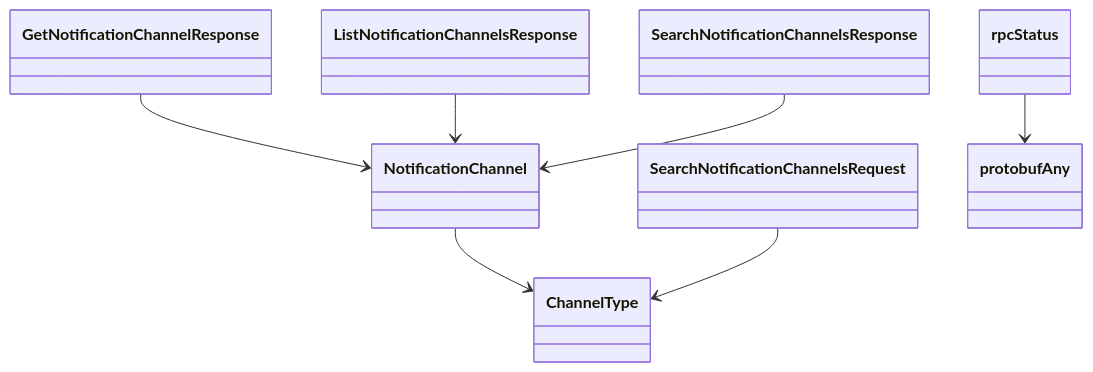
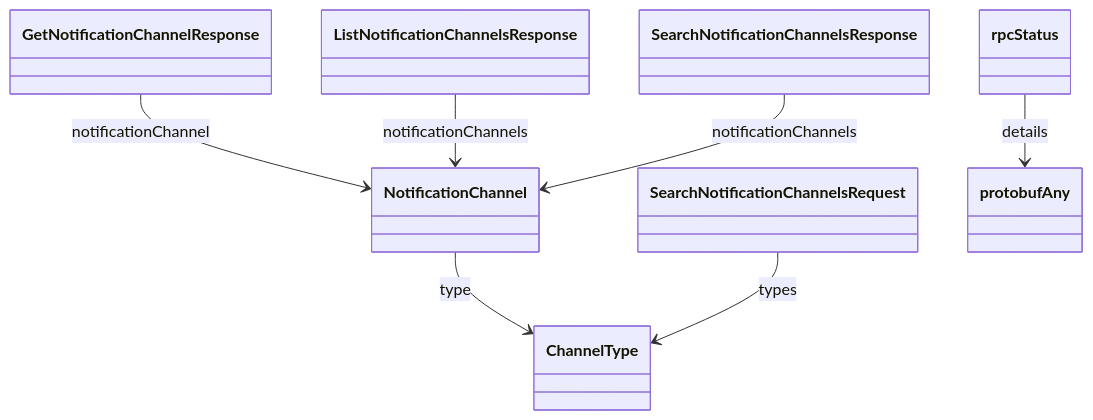
One commit to alexdearaujo/community_sdk_python changed the eighth of 8 diagrams in docs/sphinx/services/notification_channel.md. Above: the diagram before and after it, drawn with Mermaid. The commit also changed other lines of this file and 129 other files, not shown here.

````diff
--- a/docs/sphinx/services/notification_channel.md
+++ b/docs/sphinx/services/notification_channel.md
@@ -254,17 +275,17 @@
 ```mermaid
 classDiagram
     class ChannelType
     class GetNotificationChannelResponse
     class ListNotificationChannelsResponse
     class NotificationChannel
     class SearchNotificationChannelsRequest
     class SearchNotificationChannelsResponse
     class protobufAny
     class rpcStatus
-    GetNotificationChannelResponse --> NotificationChannel
-    ListNotificationChannelsResponse --> NotificationChannel
-    NotificationChannel --> ChannelType
-    SearchNotificationChannelsRequest --> ChannelType
-    SearchNotificationChannelsResponse --> NotificationChannel
-    rpcStatus --> protobufAny
+    GetNotificationChannelResponse --> NotificationChannel : notificationChannel
+    ListNotificationChannelsResponse --> NotificationChannel : notificationChannels
+    NotificationChannel --> ChannelType : type
+    SearchNotificationChannelsRequest --> ChannelType : types
+    SearchNotificationChannelsResponse --> NotificationChannel : notificationChannels
+    rpcStatus --> protobufAny : details
 ```
````
